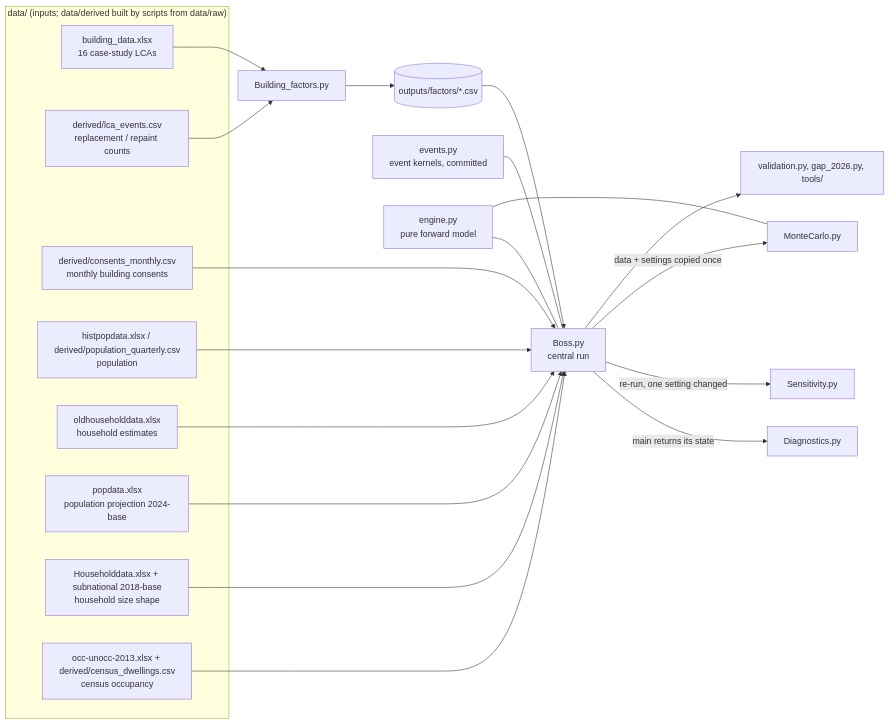
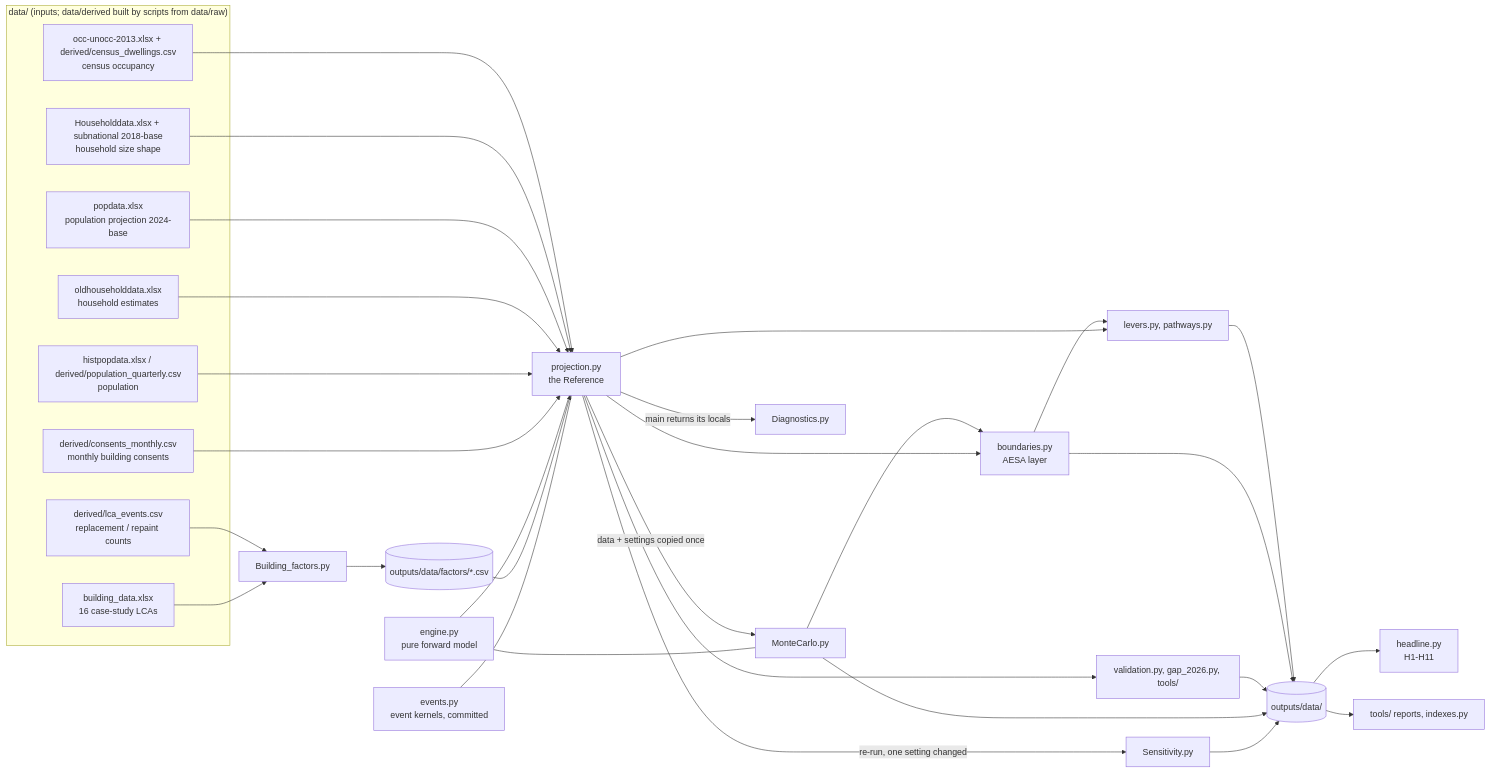
The first of 3 diagrams in ARCHITECTURE.md (GerasimosChristoforatos/Pathway-Paper), drawn with Mermaid before and after one commit. The commit also changed other lines of this file and 4 other files, not shown here.

First line of the commit message:
model-v1.0.0 (8): README, ARCHITECTURE, CITATION and CHANGELOG

````diff
--- a/ARCHITECTURE.md
+++ b/ARCHITECTURE.md
@@ -37,24 +54,29 @@
 ```mermaid
 flowchart LR
     subgraph inputs["data/ (inputs; data/derived built by scripts from data/raw)"]
         BD[building_data.xlsx<br/>16 case-study LCAs]
         EV[derived/lca_events.csv<br/>replacement / repaint counts]
         CM[derived/consents_monthly.csv<br/>monthly building consents]
         HP[histpopdata.xlsx / derived/population_quarterly.csv<br/>population]
         OH[oldhouseholddata.xlsx<br/>household estimates]
         PP[popdata.xlsx<br/>population projection 2024-base]
         HH[Householddata.xlsx + subnational 2018-base<br/>household size shape]
         CE[occ-unocc-2013.xlsx + derived/census_dwellings.csv<br/>census occupancy]
     end
-    BF[Building_factors.py] --> F[(outputs/factors/*.csv)]
+    BF[Building_factors.py] --> F[("outputs/data/factors/*.csv")]
     BD & EV --> BF
-    EVP[events.py<br/>event kernels, committed] --- BOSS
-    F --> BOSS[Boss.py<br/>central run]
-    ENG[engine.py<br/>pure forward model] --- BOSS
+    EVP[events.py<br/>event kernels, committed] --- PROJ
+    F --> PROJ[projection.py<br/>the Reference]
+    ENG[engine.py<br/>pure forward model] --- PROJ
     ENG --- MC
-    CM & HP & OH & PP & HH & CE --> BOSS
-    BOSS -->|main returns its state| DIAG[Diagnostics.py]
-    BOSS -->|re-run, one setting changed| SENS[Sensitivity.py]
-    BOSS -->|data + settings copied once| MC[MonteCarlo.py]
-    BOSS --> VAL[validation.py, gap_2026.py, tools/]
+    CM & HP & OH & PP & HH & CE --> PROJ
+    PROJ -->|main returns its locals| DIAG[Diagnostics.py]
+    PROJ -->|re-run, one setting changed| SENS[Sensitivity.py]
+    PROJ -->|data + settings copied once| MC[MonteCarlo.py]
+    PROJ --> VAL[validation.py, gap_2026.py, tools/]
+    PROJ & MC --> BND[boundaries.py<br/>AESA layer]
+    PROJ & BND --> PW[levers.py, pathways.py]
+    SENS & MC & VAL & BND & PW --> DATA[("outputs/data/")]
+    DATA --> HL[headline.py<br/>H1-H11]
+    DATA --> REP[tools/ reports, indexes.py]
 ```
````
